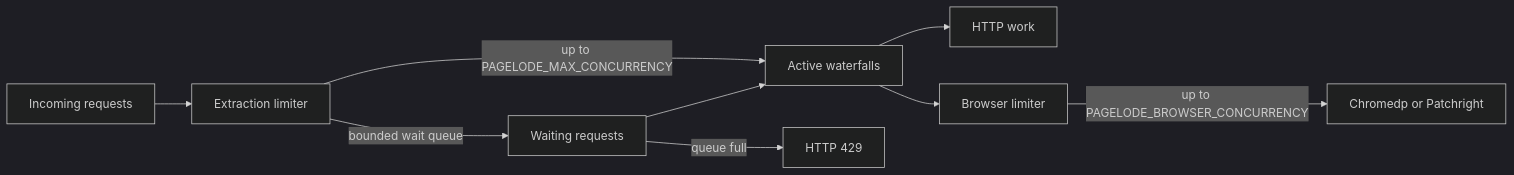
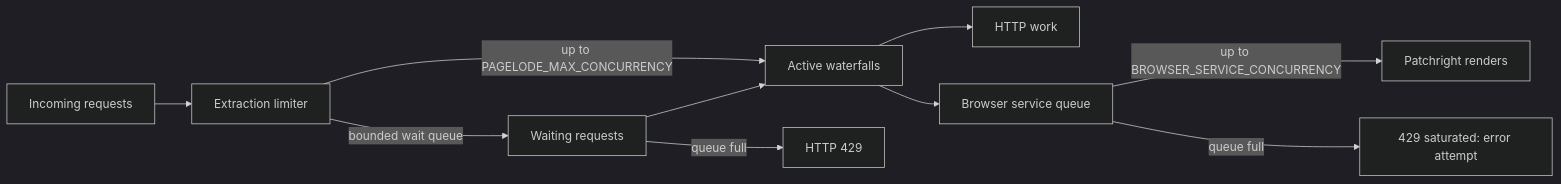
Before and after one commit to simonbalfe/pagelode: the sixth of 8 diagrams in docs/architecture.md, drawn with Mermaid (dark theme). The commit also changed other lines of this file and 12 other files, not shown here.

First line of the commit message:
Document the single browser service

````diff
--- a/docs/architecture.md
+++ b/docs/architecture.md
@@ -211,11 +200,12 @@
 ```mermaid
 flowchart LR
     Requests[Incoming requests] --> EL[Extraction limiter]
     EL -->|up to PAGELODE_MAX_CONCURRENCY| Work[Active waterfalls]
     EL -->|bounded wait queue| Queue[Waiting requests]
     Queue --> Work
     Queue -->|queue full| Reject[HTTP 429]
     Work --> Fast[HTTP work]
-    Work --> BL[Browser limiter]
-    BL -->|up to PAGELODE_BROWSER_CONCURRENCY| Browsers[Chromedp or Patchright]
+    Work --> BQ[Browser service queue]
+    BQ -->|up to BROWSER_SERVICE_CONCURRENCY| Browsers[Patchright renders]
+    BQ -->|queue full| Saturated[429 saturated: error attempt]
 ```
````
